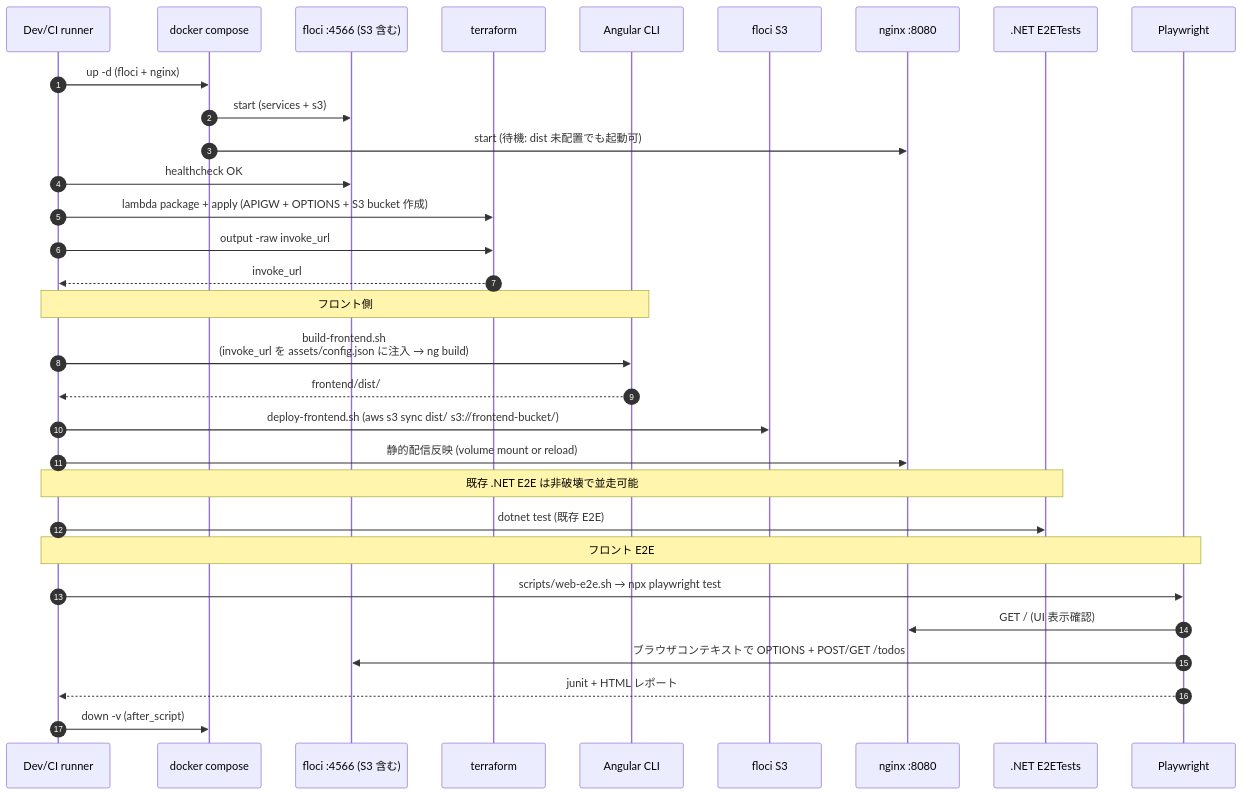
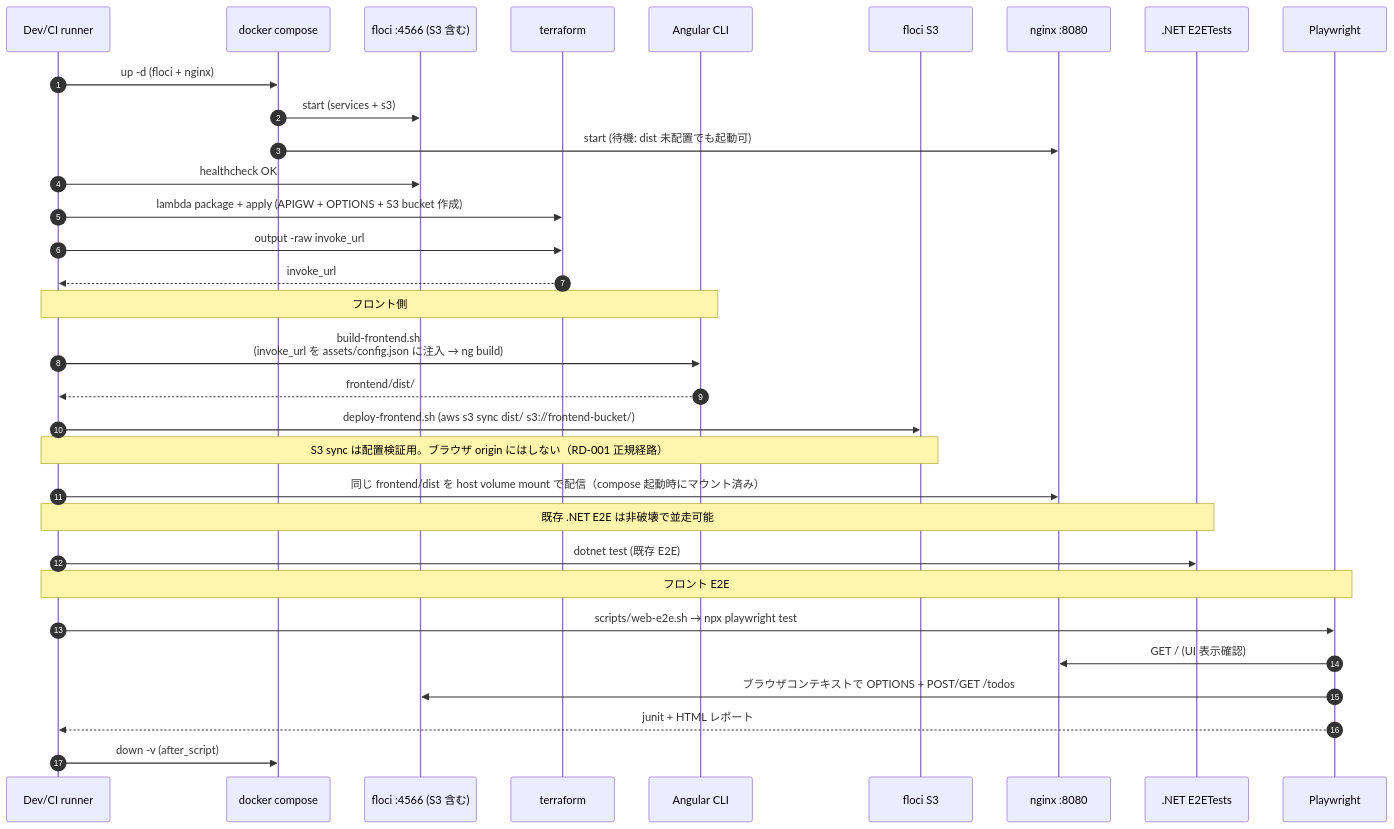
Before and after one commit to NagasakaH/dev-process: the fifth of 11 diagrams in docs/floci-apigateway-csharp/design/04_process-flow-design.md, drawn with Mermaid. The commit also changed other lines of this file and 6 other files, not shown here.

````diff
--- a/docs/floci-apigateway-csharp/design/04_process-flow-design.md
+++ b/docs/floci-apigateway-csharp/design/04_process-flow-design.md
@@ -142,37 +142,38 @@
 ```mermaid
 sequenceDiagram
     autonumber
     participant Dev as Dev/CI runner
     participant DC as docker compose
     participant FL as floci :4566 (S3 含む)
     participant TF as terraform
     participant NG as Angular CLI
     participant S3 as floci S3
     participant NX as nginx :8080
     participant ETN as .NET E2ETests
     participant PW as Playwright
 
     Dev->>DC: up -d (floci + nginx)
     DC->>FL: start (services + s3)
     DC->>NX: start (待機: dist 未配置でも起動可)
     Dev->>FL: healthcheck OK
     Dev->>TF: lambda package + apply (APIGW + OPTIONS + S3 bucket 作成)
     Dev->>TF: output -raw invoke_url
     TF-->>Dev: invoke_url
 
     Note over Dev,NG: フロント側
     Dev->>NG: build-frontend.sh<br/>(invoke_url を assets/config.json に注入 → ng build)
     NG-->>Dev: frontend/dist/
     Dev->>S3: deploy-frontend.sh (aws s3 sync dist/ s3://frontend-bucket/)
-    Dev->>NX: 静的配信反映 (volume mount or reload)
+    Note over Dev,S3: S3 sync は配置検証用。ブラウザ origin にはしない（RD-001 正規経路）
+    Dev->>NX: 同じ frontend/dist を host volume mount で配信（compose 起動時にマウント済み）
 
     Note over Dev,ETN: 既存 .NET E2E は非破壊で並走可能
     Dev->>ETN: dotnet test (既存 E2E)
 
     Note over Dev,PW: フロント E2E
     Dev->>PW: scripts/web-e2e.sh → npx playwright test
     PW->>NX: GET / (UI 表示確認)
     PW->>FL: ブラウザコンテキストで OPTIONS + POST/GET /todos
     PW-->>Dev: junit + HTML レポート
     Dev->>DC: down -v (after_script)
 ```
````
